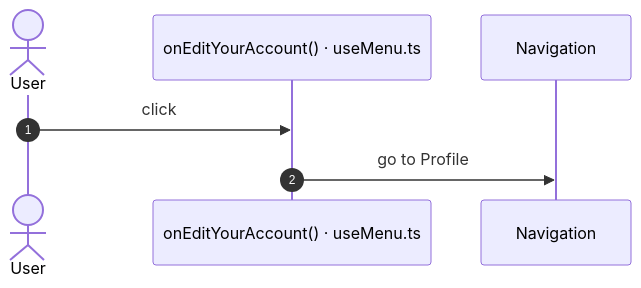
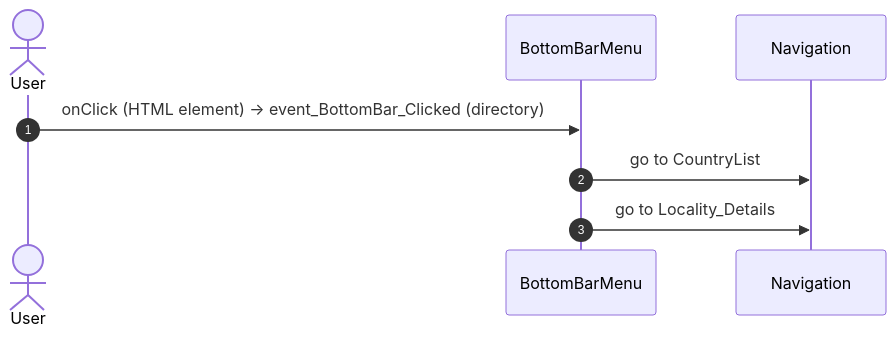
One commit to Phoenix-DX/connect-new-ui changed the third of 37 diagrams in migration/route-actions/Menu.md. Above: the diagram before and after it, drawn with Mermaid. The commit also changed other lines of this file and 9 other files, not shown here.

Commit message:
route actions: facts only; user actions as two independent lists (OutSystems view bindings, React JSX bindings) with Mermaid sequences; factual call columns (direct caller, chains, React references); app shell by definition (survey shell, main.tsx code); constants read for React paths

````diff
--- a/migration/route-actions/Menu.md
+++ b/migration/route-actions/Menu.md
@@ -136,9 +137,10 @@
 ```mermaid
 sequenceDiagram
   autonumber
   actor U as User
-  participant H as onEditYourAccount() · useMenu.ts
+  participant B as BottomBarMenu
   participant N as Navigation
-  U->>H: click
-  H->>N: go to Profile
+  U->>B: onClick (HTML element) → event_BottomBar_Clicked (directory)
+  B->>N: go to CountryList
+  B->>N: go to Locality_Details
 ```
````
